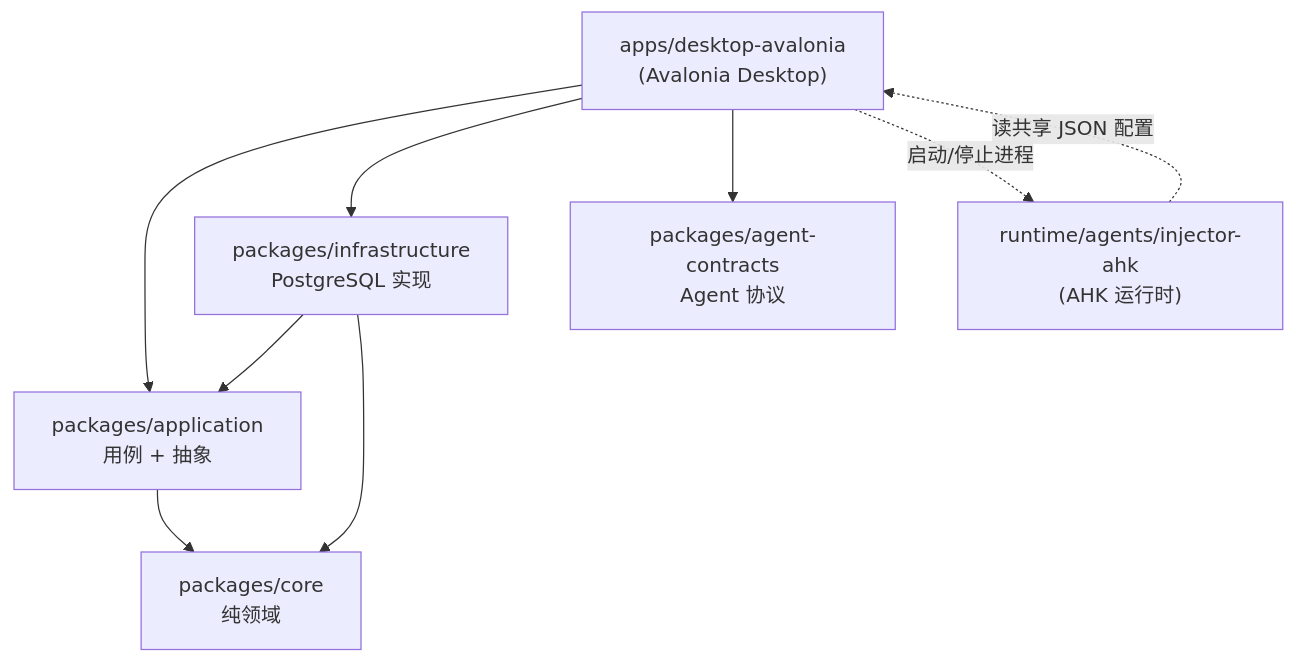
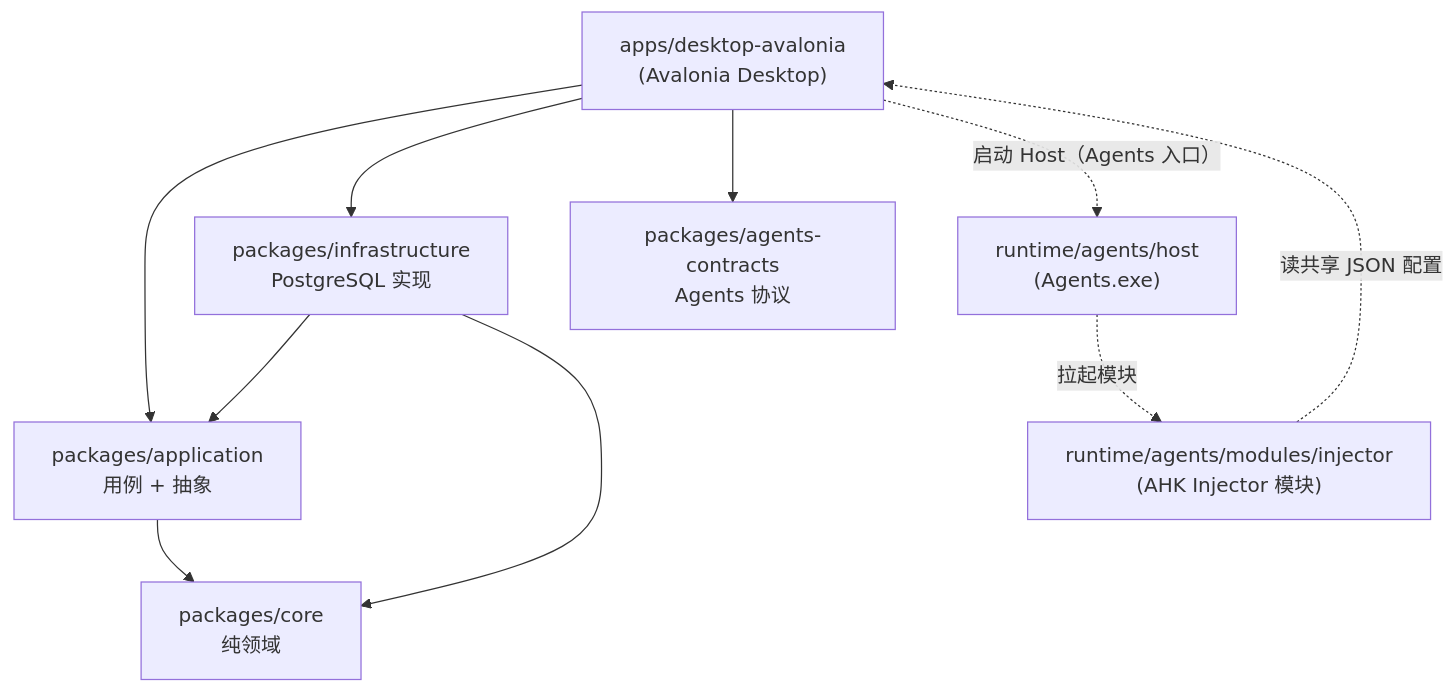
One commit to pacmandoh/pactoolkits changed the diagram in docs/architecture/layering.md. Above: the diagram before and after it, drawn with Mermaid. The commit also changed other lines of this file and 7 other files, not shown here.

First line of the commit message:
docs: align layout and release flow with Agents Host

````diff
--- a/docs/architecture/layering.md
+++ b/docs/architecture/layering.md
@@ -7,18 +7,20 @@
 ```mermaid
 flowchart TB
     DESKTOP["apps/desktop-avalonia\n(Avalonia Desktop)"]
     APP["packages/application\n用例 + 抽象"]
     INF["packages/infrastructure\nPostgreSQL 实现"]
     CORE["packages/core\n纯领域"]
-    AGENT["packages/agent-contracts\nAgent 协议"]
-    AHK["runtime/agents/injector-ahk\n(AHK 运行时)"]
+    AGENT["packages/agents-contracts\nAgents 协议"]
+    AHK["runtime/agents/modules/injector\n(AHK Injector 模块)"]
+    HOST["runtime/agents/host\n(Agents.exe)"]
 
     DESKTOP --> APP
     DESKTOP --> INF
     DESKTOP --> AGENT
     INF --> APP
     INF --> CORE
     APP --> CORE
+    DESKTOP -.->|启动 Host（Agents 入口）| HOST
+    HOST -.->|拉起模块| AHK
     AHK -.->|读共享 JSON 配置| DESKTOP
-    DESKTOP -.->|启动/停止进程| AHK
 ```
````
